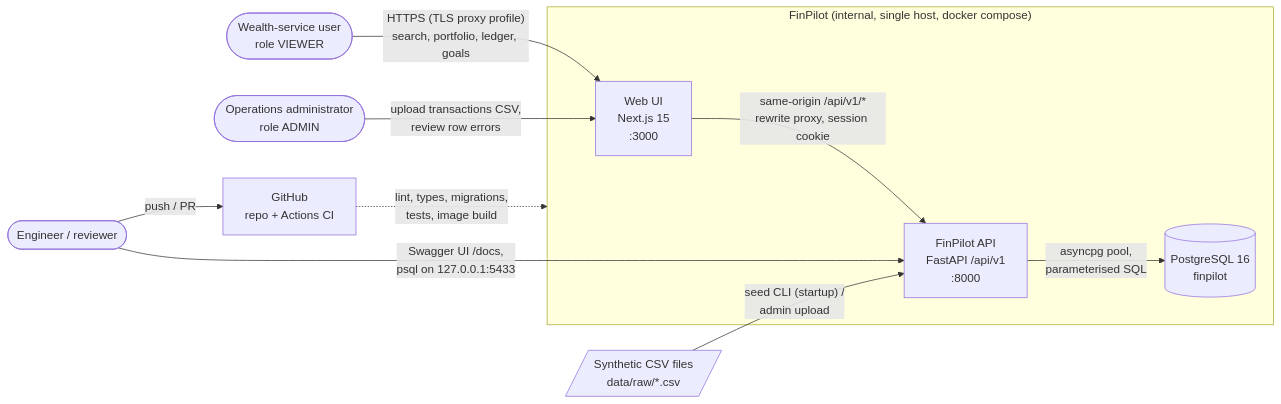
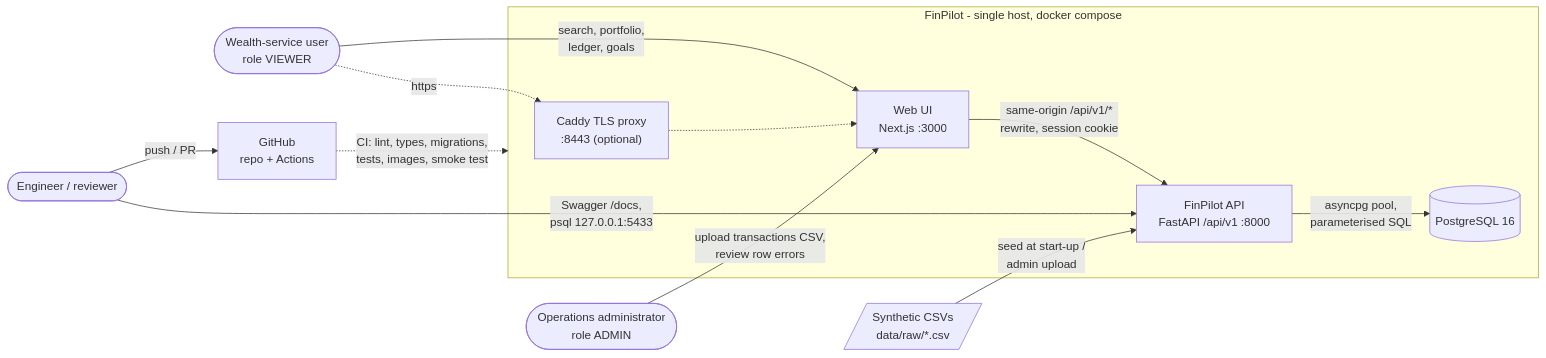
Before and after one commit to vijaytectra/finpilot: the diagram in docs/architecture/diagrams/system-context.mmd, drawn with Mermaid. The commit also changed 9 other files, not shown here.

First line of the commit message:
docs(arch): update diagrams for the containerised stack and MALFORMED_ROW

```diff
--- a/docs/architecture/diagrams/system-context.mmd
+++ b/docs/architecture/diagrams/system-context.mmd
@@ -1,22 +1,25 @@
 flowchart LR
     viewer(["Wealth-service user<br/>role VIEWER"])
     admin(["Operations administrator<br/>role ADMIN"])
     dev(["Engineer / reviewer"])
 
-    subgraph host["FinPilot (internal, single host, docker compose)"]
-        web["Web UI<br/>Next.js 15<br/>:3000"]
-        api["FinPilot API<br/>FastAPI /api/v1<br/>:8000"]
-        db[("PostgreSQL 16<br/>finpilot")]
+    subgraph host["FinPilot - single host, docker compose"]
+        proxy["Caddy TLS proxy<br/>:8443 (optional)"]
+        web["Web UI<br/>Next.js :3000"]
+        api["FinPilot API<br/>FastAPI /api/v1 :8000"]
+        db[("PostgreSQL 16")]
     end
 
-    csv[/"Synthetic CSV files<br/>data/raw/*.csv"/]
-    gh["GitHub<br/>repo + Actions CI"]
+    csv[/"Synthetic CSVs<br/>data/raw/*.csv"/]
+    gh["GitHub<br/>repo + Actions"]
 
-    viewer -- "HTTPS (TLS proxy profile)<br/>search, portfolio, ledger, goals" --> web
+    viewer -- "search, portfolio,<br/>ledger, goals" --> web
     admin -- "upload transactions CSV,<br/>review row errors" --> web
-    web -- "same-origin /api/v1/*<br/>rewrite proxy, session cookie" --> api
+    viewer -. "https" .-> proxy
+    proxy -.-> web
+    web -- "same-origin /api/v1/*<br/>rewrite, session cookie" --> api
     api -- "asyncpg pool,<br/>parameterised SQL" --> db
-    csv -- "seed CLI (startup) /<br/>admin upload" --> api
+    csv -- "seed at start-up /<br/>admin upload" --> api
     dev -- "push / PR" --> gh
-    gh -. "lint, types, migrations,<br/>tests, image build" .-> host
-    dev -- "Swagger UI /docs,<br/>psql on 127.0.0.1:5433" --> api
+    gh -. "CI: lint, types, migrations,<br/>tests, images, smoke test" .-> host
+    dev -- "Swagger /docs,<br/>psql 127.0.0.1:5433" --> api
```
